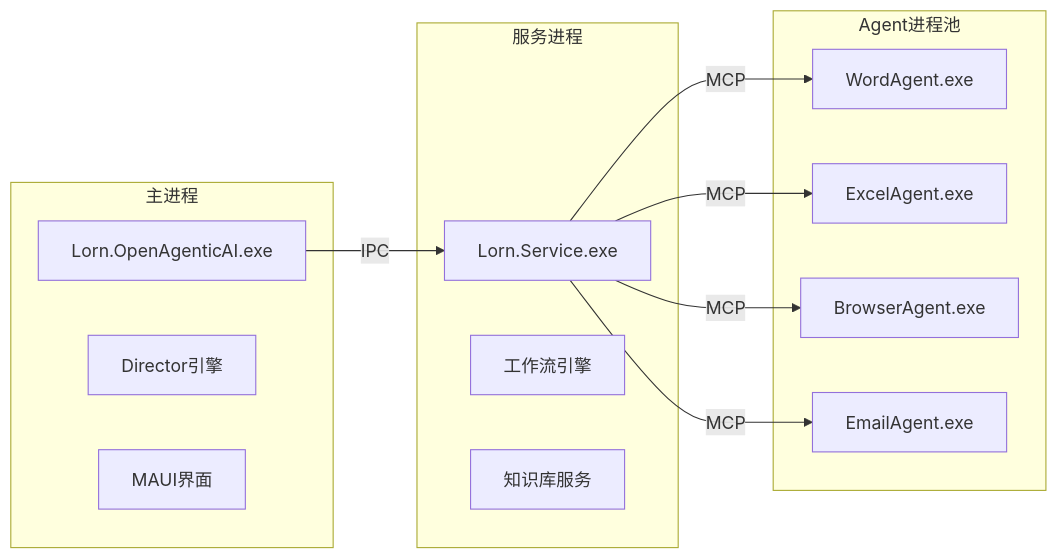
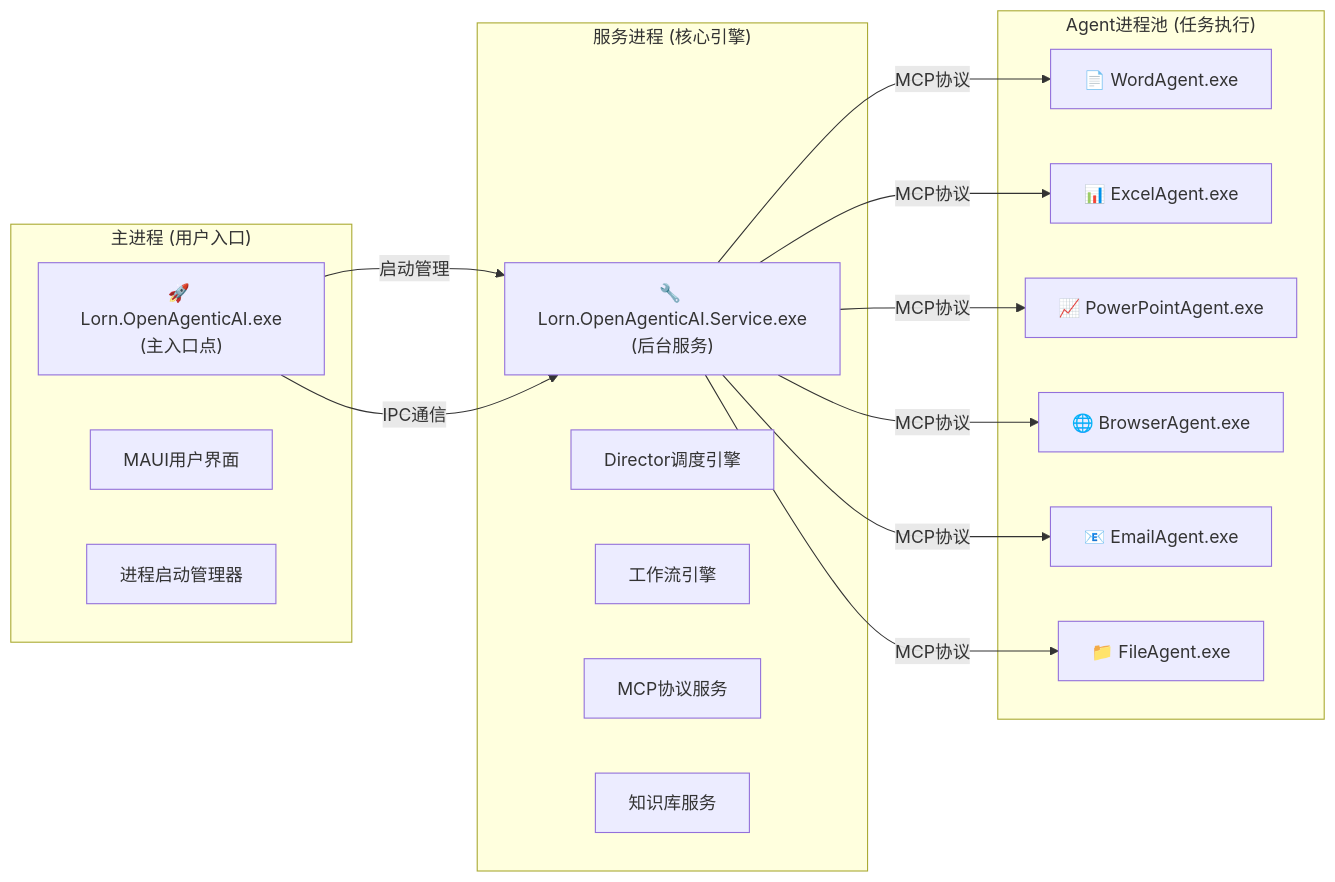
Before and after one commit to lornshrimp/Lorn.OpenAgenticAI: the second of 4 diagrams in docs_TecDesign/TechnicalArchitecture.md, drawn with Mermaid. The commit also changed other lines of this file and 9 other files, not shown here.

````diff
--- a/docs_TecDesign/TechnicalArchitecture.md
+++ b/docs_TecDesign/TechnicalArchitecture.md
@@ -151,27 +151,34 @@
 ```mermaid
 graph LR
-    subgraph "主进程"
-        MAIN[Lorn.OpenAgenticAI.exe]
-        DIRECTOR[Director引擎]
-        UI[MAUI界面]
+    subgraph "主进程 (用户入口)"
+        MAIN["🚀 Lorn.OpenAgenticAI.exe<br/>(主入口点)"]
+        UI[MAUI用户界面]
+        STARTUP[进程启动管理器]
     end
     
-    subgraph "服务进程"
-        SERVICE[Lorn.Service.exe]
+    subgraph "服务进程 (核心引擎)"
+        SERVICE["🔧 Lorn.OpenAgenticAI.Service.exe<br/>(后台服务)"]
+        DIRECTOR[Director调度引擎]
         WF[工作流引擎]
+        MCP[MCP协议服务]
         KB[知识库服务]
     end
     
-    subgraph "Agent进程池"
-        WORD[WordAgent.exe]
-        EXCEL[ExcelAgent.exe]
-        BROWSER[BrowserAgent.exe]
-        EMAIL[EmailAgent.exe]
+    subgraph "Agent进程池 (任务执行)"
+        WORD["📄 WordAgent.exe"]
+        EXCEL["📊 ExcelAgent.exe"]
+        PPT["📈 PowerPointAgent.exe"]
+        BROWSER["🌐 BrowserAgent.exe"]
+        EMAIL["📧 EmailAgent.exe"]
+        FILE["📁 FileAgent.exe"]
     end
     
-    MAIN --> |IPC| SERVICE
-    SERVICE --> |MCP| WORD
-    SERVICE --> |MCP| EXCEL
-    SERVICE --> |MCP| BROWSER
-    SERVICE --> |MCP| EMAIL
+    MAIN --> |启动管理| SERVICE
+    MAIN --> |IPC通信| SERVICE
+    SERVICE --> |MCP协议| WORD
+    SERVICE --> |MCP协议| EXCEL
+    SERVICE --> |MCP协议| PPT
+    SERVICE --> |MCP协议| BROWSER
+    SERVICE --> |MCP协议| EMAIL
+    SERVICE --> |MCP协议| FILE
 ```
````
